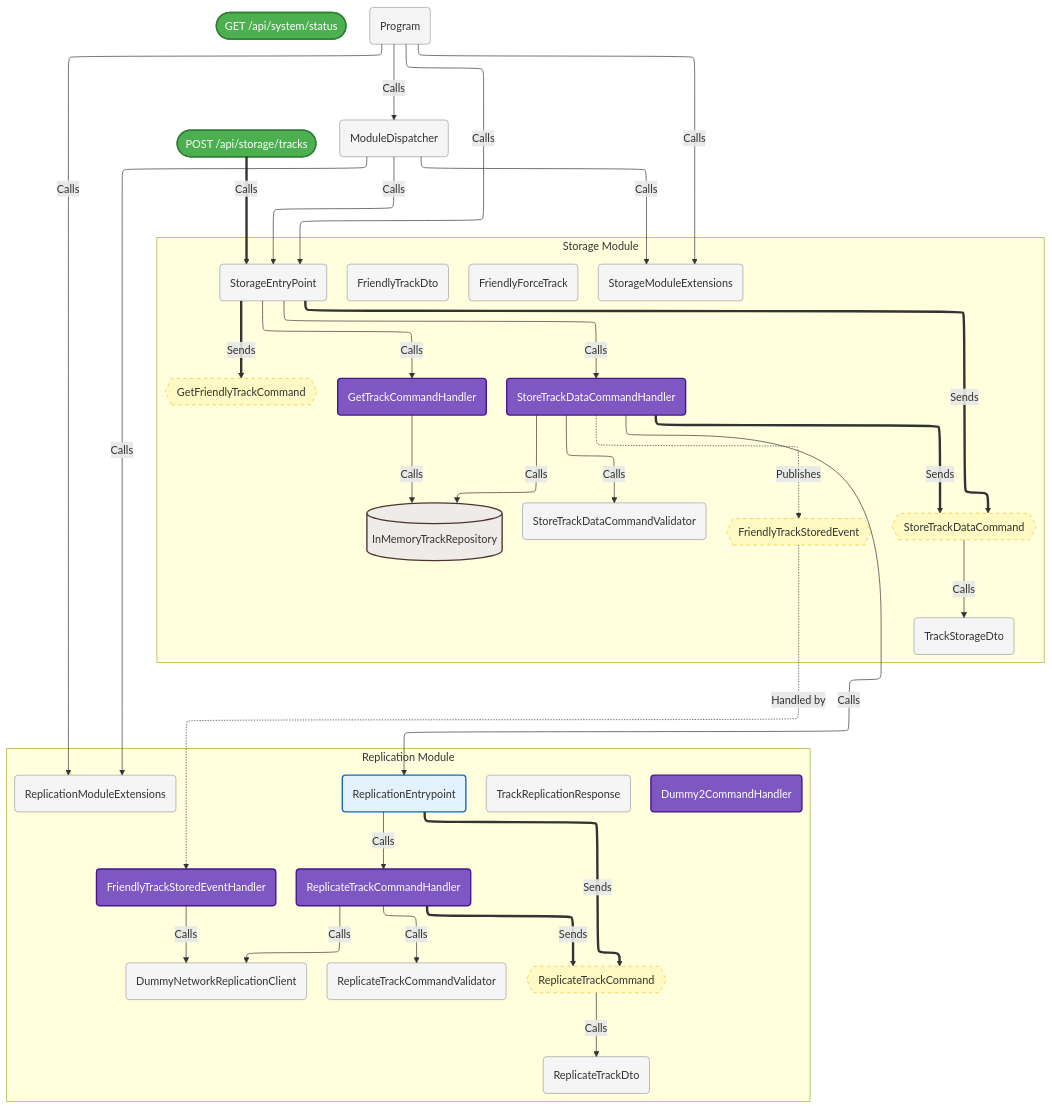
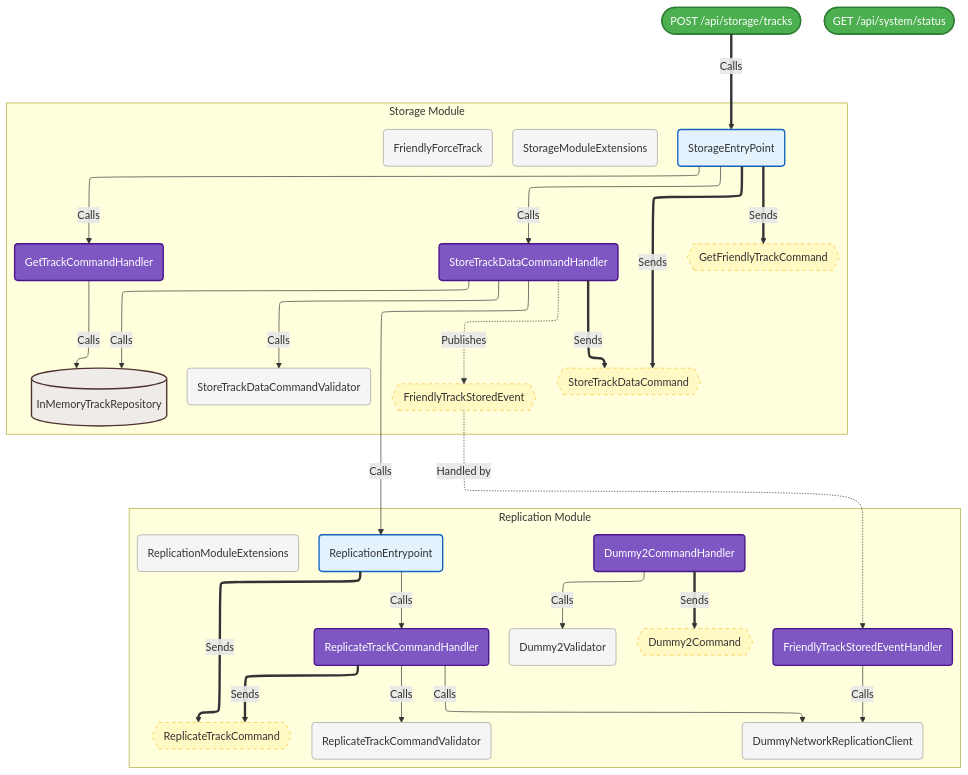
Before and after one commit to Wsm2110/Faster.Modulith.Pragmatic: the diagram in src/Modulith.WebApi/ComponentDiagram.mmd, drawn with Mermaid. The commit also changed 15 other files, not shown here.

```diff
--- a/src/Modulith.WebApi/ComponentDiagram.mmd
+++ b/src/Modulith.WebApi/ComponentDiagram.mmd
@@ -1,65 +1,54 @@
 %%{init: {'flowchart': {'defaultRenderer': 'elk'}} }%%
 graph TD
     classDef endpoint fill:#4caf50,stroke:#2e7d32,stroke-width:2px,color:white;
     classDef facade fill:#e3f2fd,stroke:#1565c0,stroke-width:2px;
     classDef handler fill:#7e57c2,stroke:#4a148c,stroke-width:2px,color:white;
     classDef db fill:#efebe9,stroke:#4e342e,stroke-width:2px,shape:cylinder;
     classDef message fill:#fff9c4,stroke:#fbc02d,stroke-width:1px,stroke-dasharray: 5 5;
     classDef generic fill:#f5f5f5,stroke:#9e9e9e,stroke-width:1px;
     EP_POST_api_storage_tracks(["POST /api/storage/tracks"]):::endpoint
     EP_GET_api_system_status(["GET /api/system/status"]):::endpoint
-    Program("Program"):::generic
-    ModuleDispatcher("ModuleDispatcher"):::generic
+    subgraph Replication_Module ["Replication Module"]
+        Modulith_WebApi_Modules_Replication_Application_EventHandlers_FriendlyTrackStoredEventHandler("FriendlyTrackStoredEventHandler"):::handler
+        Modulith_WebApi_Modules_Replication_Application_CommandHandlers_ReplicateTrackCommandValidator("ReplicateTrackCommandValidator"):::generic
+        Modulith_WebApi_Modules_Replication_Application_CommandHandlers_ReplicateTrackCommandHandler("ReplicateTrackCommandHandler"):::handler
+        Modulith_WebApi_Modules_Replication_Application_CommandHandlers_Dummy2CommandHandler("Dummy2CommandHandler"):::handler
+        Modulith_WebApi_Modules_Replication_Application_CommandHandlers_Dummy2Validator("Dummy2Validator"):::generic
+        Modulith_WebApi_Modules_Replication_Application_ReplicationEntrypoint("ReplicationEntrypoint"):::facade
+        Modulith_WebApi_Modules_Replication_ReplicationModuleExtensions("ReplicationModuleExtensions"):::generic
+        Modulith_WebApi_Modules_Replication_Infrastructure_DummyNetworkReplicationClient("DummyNetworkReplicationClient"):::generic
+        Modulith_WebApi_Modules_Replication_Application_CommandHandlers_ReplicateTrackCommand{{"ReplicateTrackCommand"}}:::message
+        Modulith_WebApi_Modules_Replication_Application_CommandHandlers_Dummy2Command{{"Dummy2Command"}}:::message
+    end
     subgraph Storage_Module ["Storage Module"]
-        Modulith_WebApi_Modules_Storage_StorageModuleExtensions("StorageModuleExtensions"):::generic
-        Modulith_WebApi_Modules_Storage_Application_StorageEntryPoint("StorageEntryPoint"):::generic
-        Modulith_WebApi_Modules_Storage_Application_CommandHandlers_GetFriendlyTrackCommand{{"GetFriendlyTrackCommand"}}:::message
-        Modulith_WebApi_Modules_Storage_Application_CommandHandlers_GetTrackCommandHandler("GetTrackCommandHandler"):::handler
-        Modulith_WebApi_Modules_Storage_Application_CommandHandlers_StoreTrackDataCommand{{"StoreTrackDataCommand"}}:::message
         Modulith_WebApi_Modules_Storage_Application_CommandHandlers_StoreTrackDataCommandValidator("StoreTrackDataCommandValidator"):::generic
         Modulith_WebApi_Modules_Storage_Application_CommandHandlers_StoreTrackDataCommandHandler("StoreTrackDataCommandHandler"):::handler
-        Modulith_WebApi_Modules_Storage_Contracts_TrackStorageDto("TrackStorageDto"):::generic
+        Modulith_WebApi_Modules_Storage_Application_CommandHandlers_GetTrackCommandHandler("GetTrackCommandHandler"):::handler
+        Modulith_WebApi_Modules_Storage_Infrastructure_InMemoryTrackRepository[("InMemoryTrackRepository")]:::db
+        Modulith_WebApi_Modules_Storage_Domain_FriendlyForceTrack("FriendlyForceTrack"):::generic
+        Modulith_WebApi_Modules_Storage_Application_StorageEntryPoint("StorageEntryPoint"):::facade
+        Modulith_WebApi_Modules_Storage_StorageModuleExtensions("StorageModuleExtensions"):::generic
+        Modulith_WebApi_Modules_Storage_Application_CommandHandlers_StoreTrackDataCommand{{"StoreTrackDataCommand"}}:::message
         Modulith_WebApi_Modules_Storage_Contracts_FriendlyTrackStoredEvent{{"FriendlyTrackStoredEvent"}}:::message
-        Modulith_WebApi_Modules_Storage_Contracts_FriendlyTrackDto("FriendlyTrackDto"):::generic
-        Modulith_WebApi_Modules_Storage_Domain_FriendlyForceTrack("FriendlyForceTrack"):::generic
-        Modulith_WebApi_Modules_Storage_Infrastructure_InMemoryTrackRepository[("InMemoryTrackRepository")]:::db
+        Modulith_WebApi_Modules_Storage_Application_CommandHandlers_GetFriendlyTrackCommand{{"GetFriendlyTrackCommand"}}:::message
     end
-    subgraph Replication_Module ["Replication Module"]
-        Modulith_WebApi_Modules_Replication_ReplicationModuleExtensions("ReplicationModuleExtensions"):::generic
-        Modulith_WebApi_Modules_Replication_Application_ReplicationEntrypoint("ReplicationEntrypoint"):::facade
-        Modulith_WebApi_Modules_Replication_Application_CommandHandlers_Dummy2CommandHandler("Dummy2CommandHandler"):::handler
-        Modulith_WebApi_Modules_Replication_Application_CommandHandlers_ReplicateTrackCommand{{"ReplicateTrackCommand"}}:::message
-        Modulith_WebApi_Modules_Replication_Application_CommandHandlers_ReplicateTrackCommandValidator("ReplicateTrackCommandValidator"):::generic
-        Modulith_WebApi_Modules_Replication_Application_CommandHandlers_ReplicateTrackCommandHandler("ReplicateTrackCommandHandler"):::handler
-        Modulith_WebApi_Modules_Replication_Application_EventHandlers_FriendlyTrackStoredEventHandler("FriendlyTrackStoredEventHandler"):::handler
-        Modulith_WebApi_Modules_Replication_Contracts_TrackReplicationResponse("TrackReplicationResponse"):::generic
-        Modulith_WebApi_Modules_Replication_Contracts_ReplicateTrackDto("ReplicateTrackDto"):::generic
-        Modulith_WebApi_Modules_Replication_Infrastructure_DummyNetworkReplicationClient("DummyNetworkReplicationClient"):::generic
-    end
-    Program -->|"Calls"| ModuleDispatcher
-    Program -->|"Calls"| Modulith_WebApi_Modules_Storage_StorageModuleExtensions
-    Program -->|"Calls"| Modulith_WebApi_Modules_Replication_ReplicationModuleExtensions
-    Program -->|"Calls"| Modulith_WebApi_Modules_Storage_Application_StorageEntryPoint
-    EP_POST_api_storage_tracks ==>|"Calls"| Modulith_WebApi_Modules_Storage_Application_StorageEntryPoint
-    ModuleDispatcher -->|"Calls"| Modulith_WebApi_Modules_Storage_StorageModuleExtensions
-    ModuleDispatcher -->|"Calls"| Modulith_WebApi_Modules_Replication_ReplicationModuleExtensions
-    ModuleDispatcher -->|"Calls"| Modulith_WebApi_Modules_Storage_Application_StorageEntryPoint
-    Modulith_WebApi_Modules_Storage_Application_StorageEntryPoint -->|"Calls"| Modulith_WebApi_Modules_Storage_Application_CommandHandlers_StoreTrackDataCommandHandler
-    Modulith_WebApi_Modules_Storage_Application_StorageEntryPoint -->|"Calls"| Modulith_WebApi_Modules_Storage_Application_CommandHandlers_GetTrackCommandHandler
-    Modulith_WebApi_Modules_Storage_Application_CommandHandlers_GetTrackCommandHandler -->|"Calls"| Modulith_WebApi_Modules_Storage_Infrastructure_InMemoryTrackRepository
-    Modulith_WebApi_Modules_Storage_Application_CommandHandlers_StoreTrackDataCommand -->|"Calls"| Modulith_WebApi_Modules_Storage_Contracts_TrackStorageDto
+    Modulith_WebApi_Modules_Replication_Application_EventHandlers_FriendlyTrackStoredEventHandler -->|"Calls"| Modulith_WebApi_Modules_Replication_Infrastructure_DummyNetworkReplicationClient
     Modulith_WebApi_Modules_Storage_Application_CommandHandlers_StoreTrackDataCommandHandler -->|"Calls"| Modulith_WebApi_Modules_Storage_Application_CommandHandlers_StoreTrackDataCommandValidator
     Modulith_WebApi_Modules_Storage_Application_CommandHandlers_StoreTrackDataCommandHandler -->|"Calls"| Modulith_WebApi_Modules_Storage_Infrastructure_InMemoryTrackRepository
     Modulith_WebApi_Modules_Storage_Application_CommandHandlers_StoreTrackDataCommandHandler -->|"Calls"| Modulith_WebApi_Modules_Replication_Application_ReplicationEntrypoint
-    Modulith_WebApi_Modules_Replication_Application_ReplicationEntrypoint -->|"Calls"| Modulith_WebApi_Modules_Replication_Application_CommandHandlers_ReplicateTrackCommandHandler
-    Modulith_WebApi_Modules_Replication_Application_CommandHandlers_ReplicateTrackCommand -->|"Calls"| Modulith_WebApi_Modules_Replication_Contracts_ReplicateTrackDto
     Modulith_WebApi_Modules_Replication_Application_CommandHandlers_ReplicateTrackCommandHandler -->|"Calls"| Modulith_WebApi_Modules_Replication_Application_CommandHandlers_ReplicateTrackCommandValidator
     Modulith_WebApi_Modules_Replication_Application_CommandHandlers_ReplicateTrackCommandHandler -->|"Calls"| Modulith_WebApi_Modules_Replication_Infrastructure_DummyNetworkReplicationClient
-    Modulith_WebApi_Modules_Replication_Application_EventHandlers_FriendlyTrackStoredEventHandler -->|"Calls"| Modulith_WebApi_Modules_Replication_Infrastructure_DummyNetworkReplicationClient
-    Modulith_WebApi_Modules_Storage_Application_StorageEntryPoint ==>|"Sends"| Modulith_WebApi_Modules_Storage_Application_CommandHandlers_StoreTrackDataCommand
-    Modulith_WebApi_Modules_Storage_Application_StorageEntryPoint ==>|"Sends"| Modulith_WebApi_Modules_Storage_Application_CommandHandlers_GetFriendlyTrackCommand
+    Modulith_WebApi_Modules_Replication_Application_CommandHandlers_Dummy2CommandHandler -->|"Calls"| Modulith_WebApi_Modules_Replication_Application_CommandHandlers_Dummy2Validator
+    Modulith_WebApi_Modules_Storage_Application_CommandHandlers_GetTrackCommandHandler -->|"Calls"| Modulith_WebApi_Modules_Storage_Infrastructure_InMemoryTrackRepository
+    Modulith_WebApi_Modules_Replication_Application_ReplicationEntrypoint -->|"Calls"| Modulith_WebApi_Modules_Replication_Application_CommandHandlers_ReplicateTrackCommandHandler
+    Modulith_WebApi_Modules_Storage_Application_StorageEntryPoint -->|"Calls"| Modulith_WebApi_Modules_Storage_Application_CommandHandlers_StoreTrackDataCommandHandler
+    Modulith_WebApi_Modules_Storage_Application_StorageEntryPoint -->|"Calls"| Modulith_WebApi_Modules_Storage_Application_CommandHandlers_GetTrackCommandHandler
+    EP_POST_api_storage_tracks ==>|"Calls"| Modulith_WebApi_Modules_Storage_Application_StorageEntryPoint
     Modulith_WebApi_Modules_Storage_Application_CommandHandlers_StoreTrackDataCommandHandler ==>|"Sends"| Modulith_WebApi_Modules_Storage_Application_CommandHandlers_StoreTrackDataCommand
     Modulith_WebApi_Modules_Storage_Application_CommandHandlers_StoreTrackDataCommandHandler -.->|"Publishes"| Modulith_WebApi_Modules_Storage_Contracts_FriendlyTrackStoredEvent
     Modulith_WebApi_Modules_Storage_Contracts_FriendlyTrackStoredEvent -.->|"Handled by"| Modulith_WebApi_Modules_Replication_Application_EventHandlers_FriendlyTrackStoredEventHandler
+    Modulith_WebApi_Modules_Replication_Application_CommandHandlers_ReplicateTrackCommandHandler ==>|"Sends"| Modulith_WebApi_Modules_Replication_Application_CommandHandlers_ReplicateTrackCommand
+    Modulith_WebApi_Modules_Replication_Application_CommandHandlers_Dummy2CommandHandler ==>|"Sends"| Modulith_WebApi_Modules_Replication_Application_CommandHandlers_Dummy2Command
     Modulith_WebApi_Modules_Replication_Application_ReplicationEntrypoint ==>|"Sends"| Modulith_WebApi_Modules_Replication_Application_CommandHandlers_ReplicateTrackCommand
-    Modulith_WebApi_Modules_Replication_Application_CommandHandlers_ReplicateTrackCommandHandler ==>|"Sends"| Modulith_WebApi_Modules_Replication_Application_CommandHandlers_ReplicateTrackCommand
+    Modulith_WebApi_Modules_Storage_Application_StorageEntryPoint ==>|"Sends"| Modulith_WebApi_Modules_Storage_Application_CommandHandlers_StoreTrackDataCommand
+    Modulith_WebApi_Modules_Storage_Application_StorageEntryPoint ==>|"Sends"| Modulith_WebApi_Modules_Storage_Application_CommandHandlers_GetFriendlyTrackCommand
```
